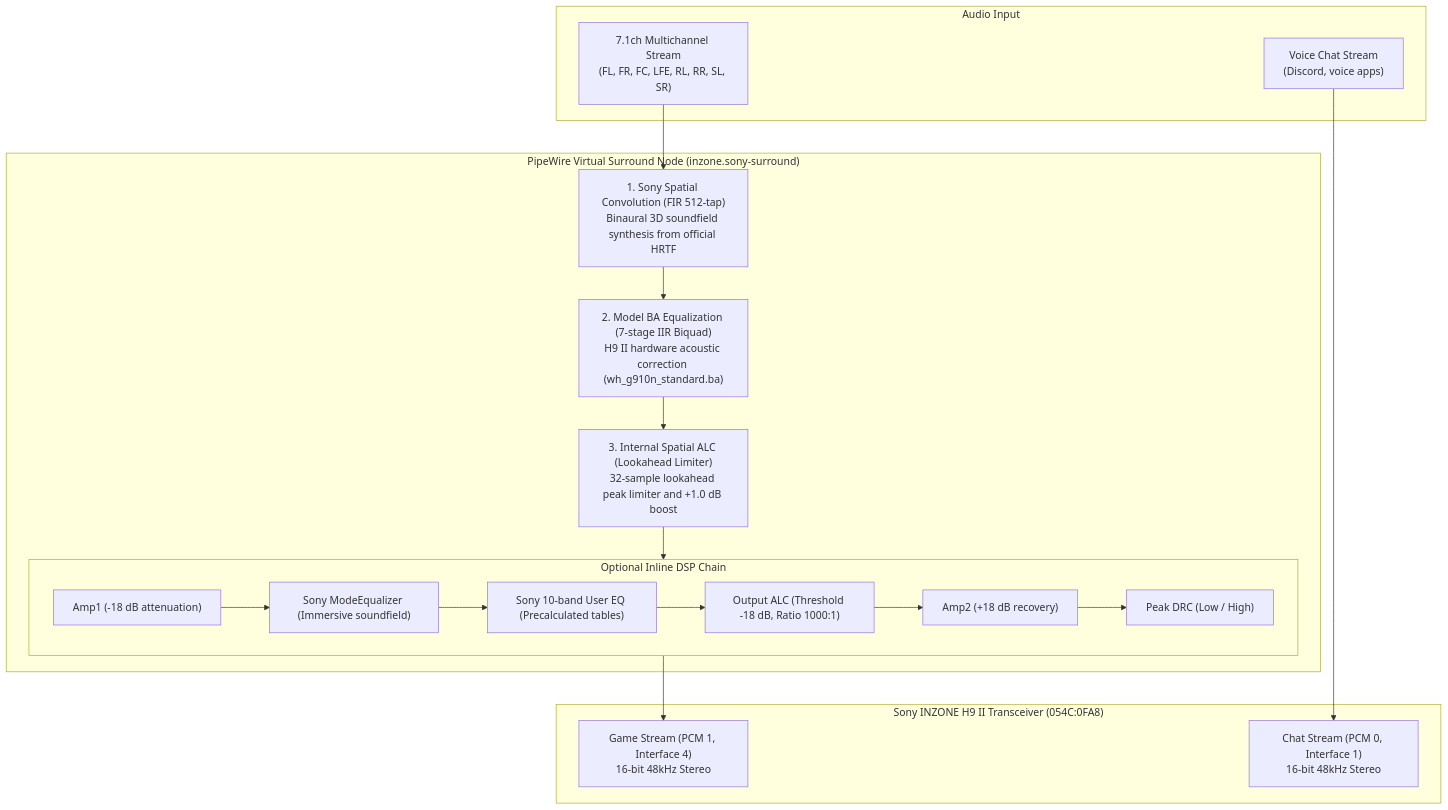
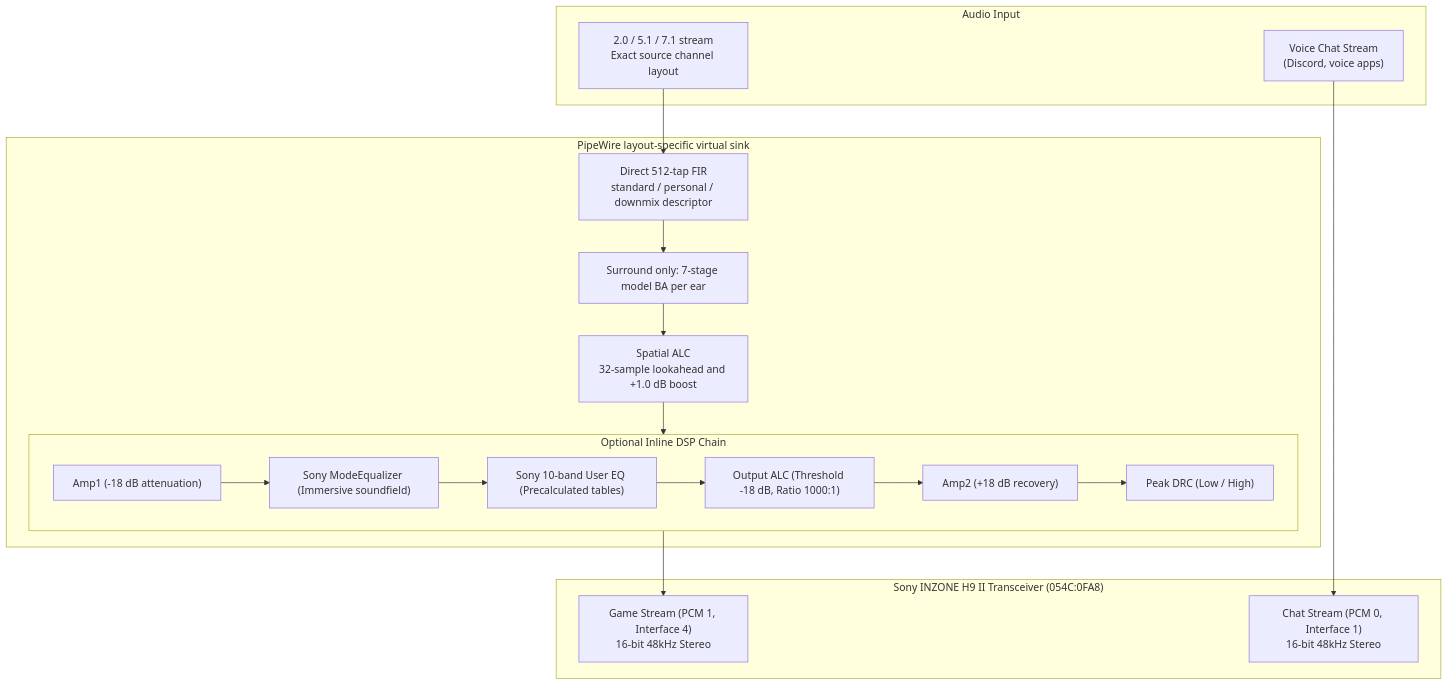
Before and after one commit to zeroday0619/inzone-linux: the second of 2 diagrams in README.md, drawn with Mermaid. The commit also changed other lines of this file and 53 other files, not shown here.

````diff
--- a/README.md
+++ b/README.md
@@ -392,34 +481,34 @@
 ```mermaid
 flowchart TD
     subgraph Input ["Audio Input"]
-        In71["7.1ch Multichannel Stream<br>(FL, FR, FC, LFE, RL, RR, SL, SR)"]
+        InLayout["2.0 / 5.1 / 7.1 stream<br>Exact source channel layout"]
         InChat["Voice Chat Stream<br>(Discord, voice apps)"]
     end
 
-    subgraph PipeWire ["PipeWire Virtual Surround Node (inzone.sony-surround)"]
-        Stage1["1. Sony Spatial Convolution (FIR 512-tap)<br>Binaural 3D soundfield synthesis from official HRTF"]
-        Stage2["2. Model BA Equalization (7-stage IIR Biquad)<br>H9 II hardware acoustic correction (wh_g910n_standard.ba)"]
-        Stage3["3. Internal Spatial ALC (Lookahead Limiter)<br>32-sample lookahead peak limiter and +1.0 dB boost"]
+    subgraph PipeWire ["PipeWire layout-specific virtual sink"]
+        Stage1["Direct 512-tap FIR<br>standard / personal / downmix descriptor"]
+        Stage2["Surround only: 7-stage model BA per ear"]
+        Stage3["Spatial ALC<br>32-sample lookahead and +1.0 dB boost"]
         
         subgraph InlineDSP ["Optional Inline DSP Chain"]
             DSP1["Amp1 (-18 dB attenuation)"]
             DSP2["Sony ModeEqualizer (Immersive soundfield)"]
             DSP3["Sony 10-band User EQ (Precalculated tables)"]
             DSP4["Output ALC (Threshold -18 dB, Ratio 1000:1)"]
             DSP5["Amp2 (+18 dB recovery)"]
             DSP6["Peak DRC (Low / High)"]
             DSP1 --> DSP2 --> DSP3 --> DSP4 --> DSP5 --> DSP6
         end
 
         Stage1 --> Stage2 --> Stage3 --> InlineDSP
     end
 
     subgraph Hardware ["Sony INZONE H9 II Transceiver (054C:0FA8)"]
         SinkGame["Game Stream (PCM 1, Interface 4)<br>16-bit 48kHz Stereo"]
         SinkChat["Chat Stream (PCM 0, Interface 1)<br>16-bit 48kHz Stereo"]
     end
 
-    In71 --> Stage1
+    InLayout --> Stage1
     InlineDSP --> SinkGame
     InChat --> SinkChat
 ```
````
